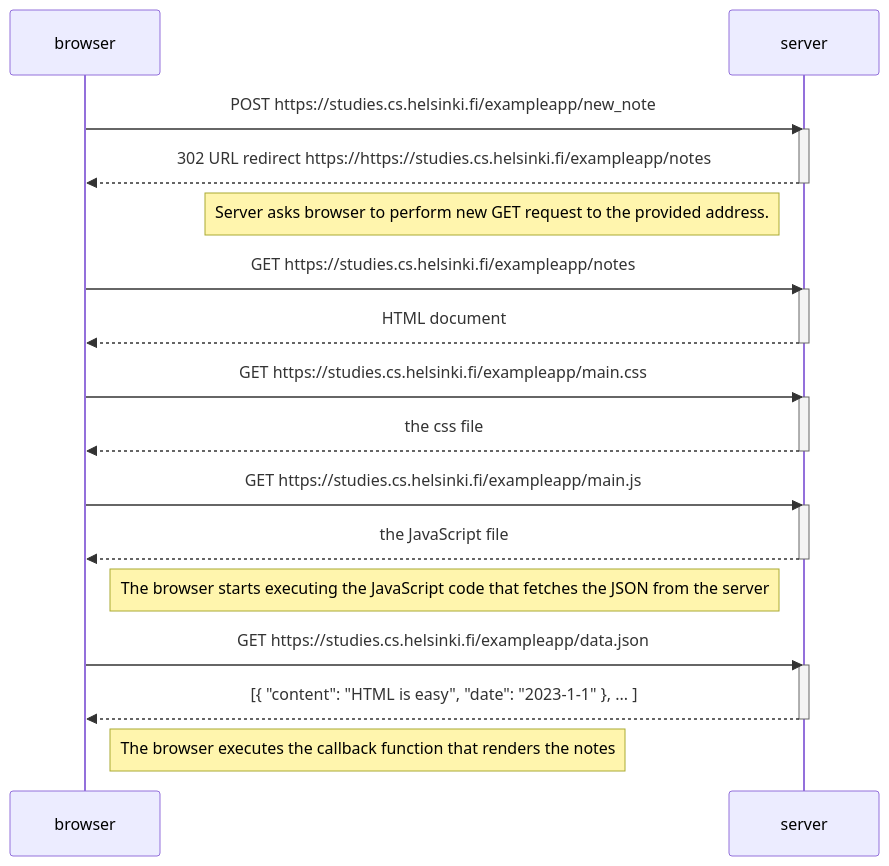
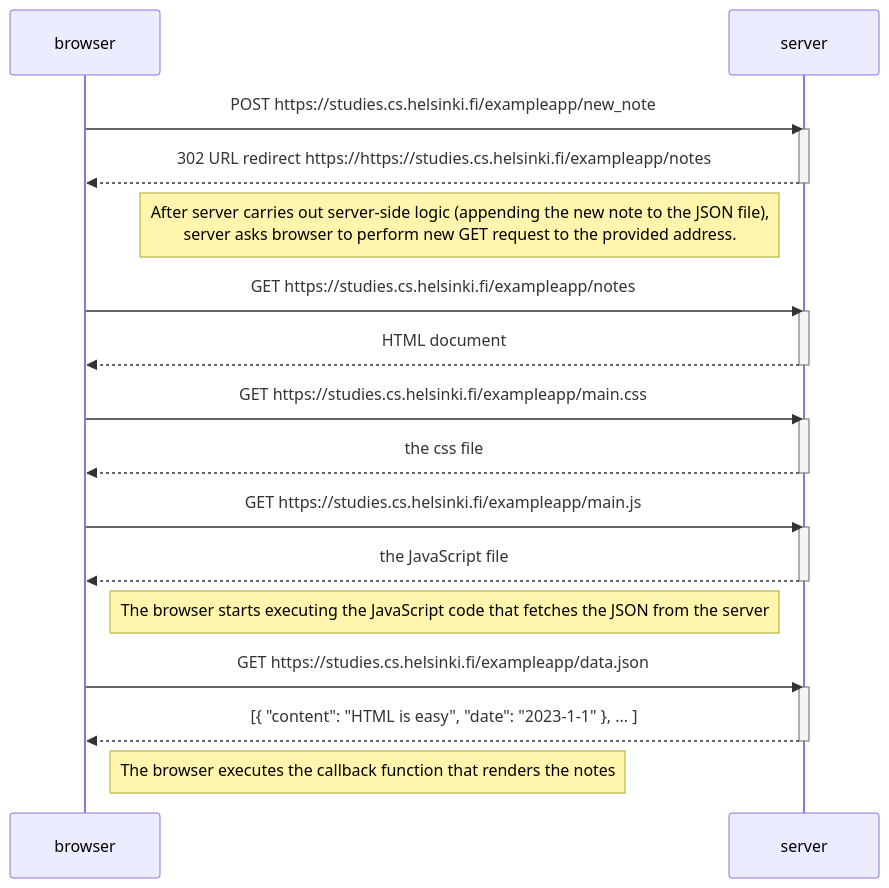
Before and after one commit to MusaToTheMoon/fullstackopen_exercises: the diagram in path0/ex0-4.md, drawn with Mermaid.

Commit message:
Update ex0-4.md
adding note to the diagram

````diff
--- a/path0/ex0-4.md
+++ b/path0/ex0-4.md
@@ -1,36 +1,36 @@
 ```mermaid
 sequenceDiagram
     participant browser
     participant server
 
     browser->>server: POST https://studies.cs.helsinki.fi/exampleapp/new_note
     activate server
     server-->>browser: 302 URL redirect https://https://studies.cs.helsinki.fi/exampleapp/notes
     deactivate server
 
-    Note left of server: Server asks browser to perform new GET request to the provided address.
+    Note left of server: After server carries out server-side logic (appending the new note to the JSON file), <br /> server asks browser to perform new GET request to the provided address.
 
     browser->>server: GET https://studies.cs.helsinki.fi/exampleapp/notes
     activate server
     server-->>browser: HTML document
     deactivate server
 
     browser->>server: GET https://studies.cs.helsinki.fi/exampleapp/main.css
     activate server
     server-->>browser: the css file
     deactivate server
 
     browser->>server: GET https://studies.cs.helsinki.fi/exampleapp/main.js
     activate server
     server-->>browser: the JavaScript file
     deactivate server
 
     Note right of browser: The browser starts executing the JavaScript code that fetches the JSON from the server
 
     browser->>server: GET https://studies.cs.helsinki.fi/exampleapp/data.json
     activate server
     server-->>browser: [{ "content": "HTML is easy", "date": "2023-1-1" }, ... ]
     deactivate server
 
     Note right of browser: The browser executes the callback function that renders the notes
 ```
````
